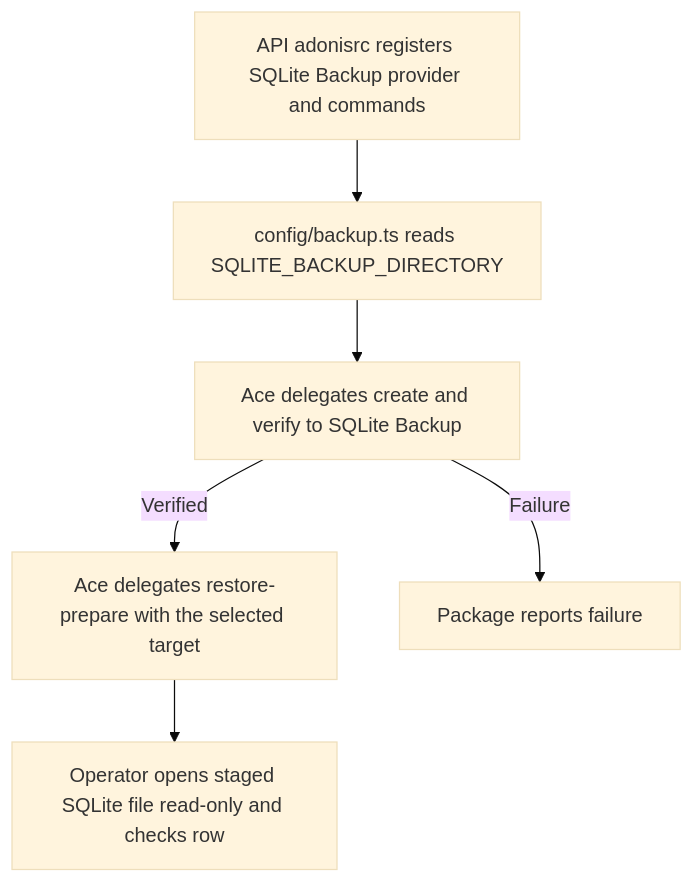
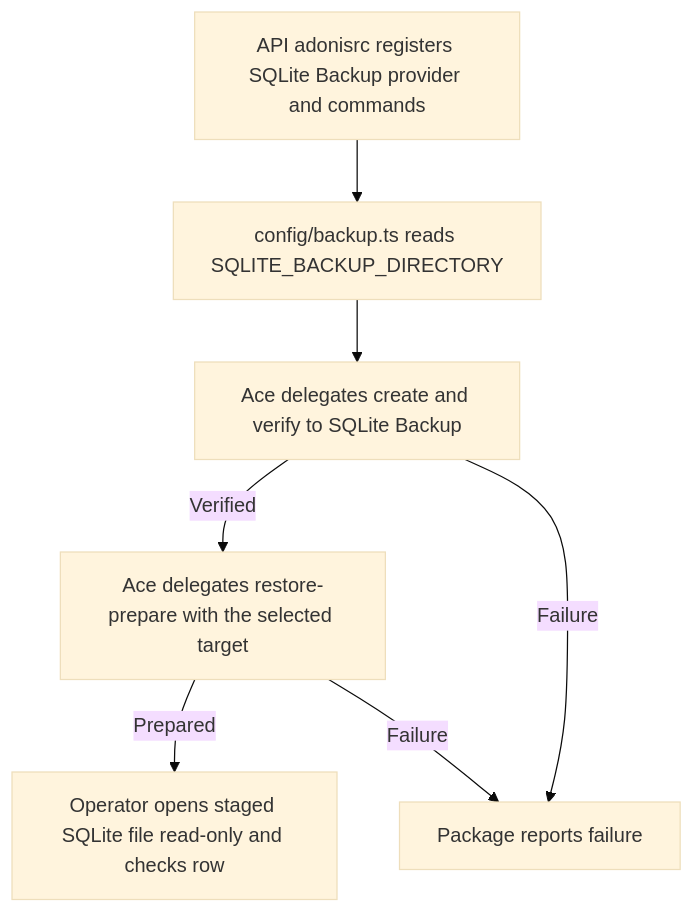
One commit to Kevinjohn/oss-adonisjs-starter-examples changed the second of 2 diagrams in user-stories/operations/us-ops-11-recover-a-sqlite-row.md. Above: the diagram before and after it, drawn with Mermaid (base theme). The commit also changed other lines of this file and 5 other files, not shown here.

````diff
--- a/user-stories/operations/us-ops-11-recover-a-sqlite-row.md
+++ b/user-stories/operations/us-ops-11-recover-a-sqlite-row.md
@@ -31,8 +32,9 @@
 ```mermaid
 flowchart TD
     A["API adonisrc registers SQLite Backup provider and commands"] --> B["config/backup.ts reads SQLITE_BACKUP_DIRECTORY"]
     B --> C["Ace delegates create and verify to SQLite Backup"]
     C -->|Verified| D["Ace delegates restore-prepare with the selected target"]
     C -->|Failure| E["Package reports failure"]
-    D --> F["Operator opens staged SQLite file read-only and checks row"]
+    D -->|Prepared| F["Operator opens staged SQLite file read-only and checks row"]
+    D -->|Failure| E
 ```
````
